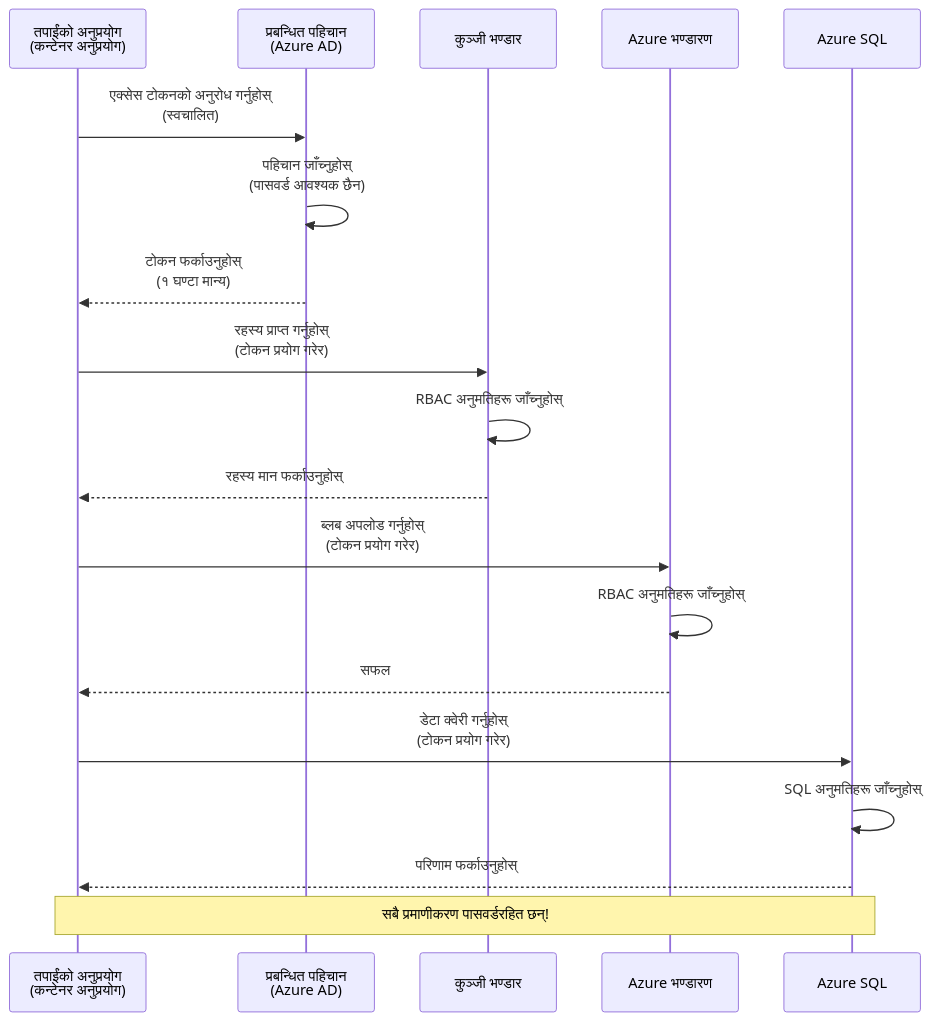
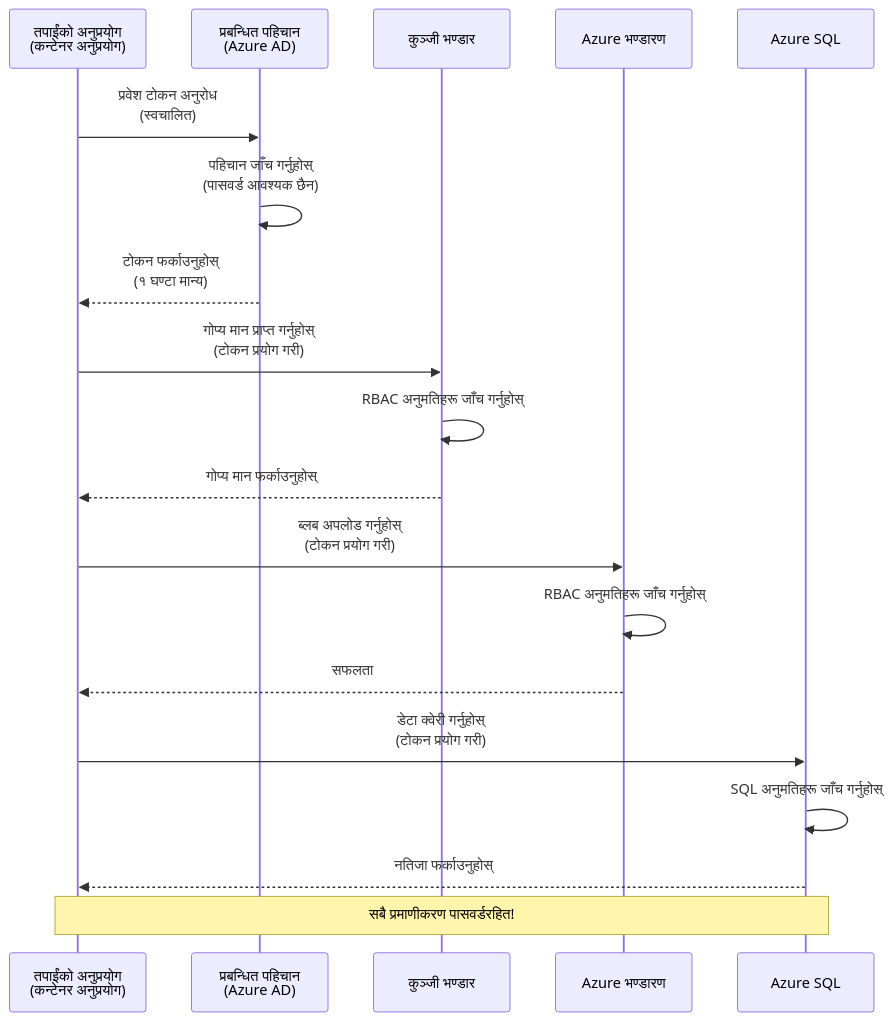
Before and after one commit to microsoft/AZD-for-beginners: the first of 2 diagrams in translations/ne/docs/chapter-03-configuration/authsecurity.md, drawn with Mermaid. The commit also changed other lines of this file and 101 other files, not shown here.

````diff
--- a/translations/ne/docs/chapter-03-configuration/authsecurity.md
+++ b/translations/ne/docs/chapter-03-configuration/authsecurity.md
@@ -69,26 +69,26 @@
 ```mermaid
 sequenceDiagram
     participant App as तपाईंको अनुप्रयोग<br/>(कन्टेनर अनुप्रयोग)
     participant MI as प्रबन्धित पहिचान<br/>(Azure AD)
     participant KV as कुञ्जी भण्डार
     participant Storage as Azure भण्डारण
     participant DB as Azure SQL
     
-    App->>MI: एक्सेस टोकनको अनुरोध गर्नुहोस्<br/>(स्वचालित)
-    MI->>MI: पहिचान जाँच्नुहोस्<br/>(पासवर्ड आवश्यक छैन)
+    App->>MI: प्रवेश टोकन अनुरोध<br/>(स्वचालित)
+    MI->>MI: पहिचान जाँच गर्नुहोस्<br/>(पासवर्ड आवश्यक छैन)
     MI-->>App: टोकन फर्काउनुहोस्<br/>(१ घण्टा मान्य)
     
-    App->>KV: रहस्य प्राप्त गर्नुहोस्<br/>(टोकन प्रयोग गरेर)
-    KV->>KV: RBAC अनुमतिहरू जाँच्नुहोस्
-    KV-->>App: रहस्य मान फर्काउनुहोस्
+    App->>KV: गोप्य मान प्राप्त गर्नुहोस्<br/>(टोकन प्रयोग गरी)
+    KV->>KV: RBAC अनुमतिहरू जाँच गर्नुहोस्
+    KV-->>App: गोप्य मान फर्काउनुहोस्
     
-    App->>Storage: ब्लब अपलोड गर्नुहोस्<br/>(टोकन प्रयोग गरेर)
-    Storage->>Storage: RBAC अनुमतिहरू जाँच्नुहोस्
-    Storage-->>App: सफल
+    App->>Storage: ब्लब अपलोड गर्नुहोस्<br/>(टोकन प्रयोग गरी)
+    Storage->>Storage: RBAC अनुमतिहरू जाँच गर्नुहोस्
+    Storage-->>App: सफलता
     
-    App->>DB: डेटा क्वेरी गर्नुहोस्<br/>(टोकन प्रयोग गरेर)
-    DB->>DB: SQL अनुमतिहरू जाँच्नुहोस्
-    DB-->>App: परिणाम फर्काउनुहोस्
+    App->>DB: डेटा क्वेरी गर्नुहोस्<br/>(टोकन प्रयोग गरी)
+    DB->>DB: SQL अनुमतिहरू जाँच गर्नुहोस्
+    DB-->>App: नतिजा फर्काउनुहोस्
     
-    Note over App,DB: सबै प्रमाणीकरण पासवर्डरहित छन्!
+    Note over App,DB: सबै प्रमाणीकरण पासवर्डरहित!
 ```
````
